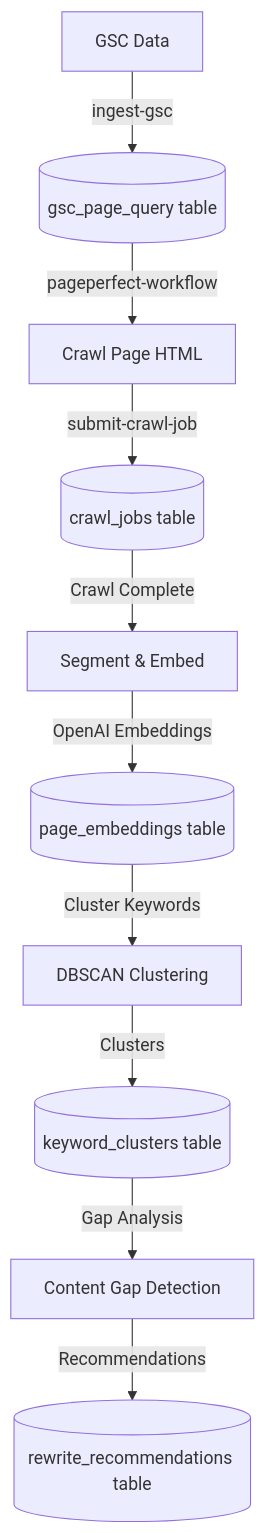
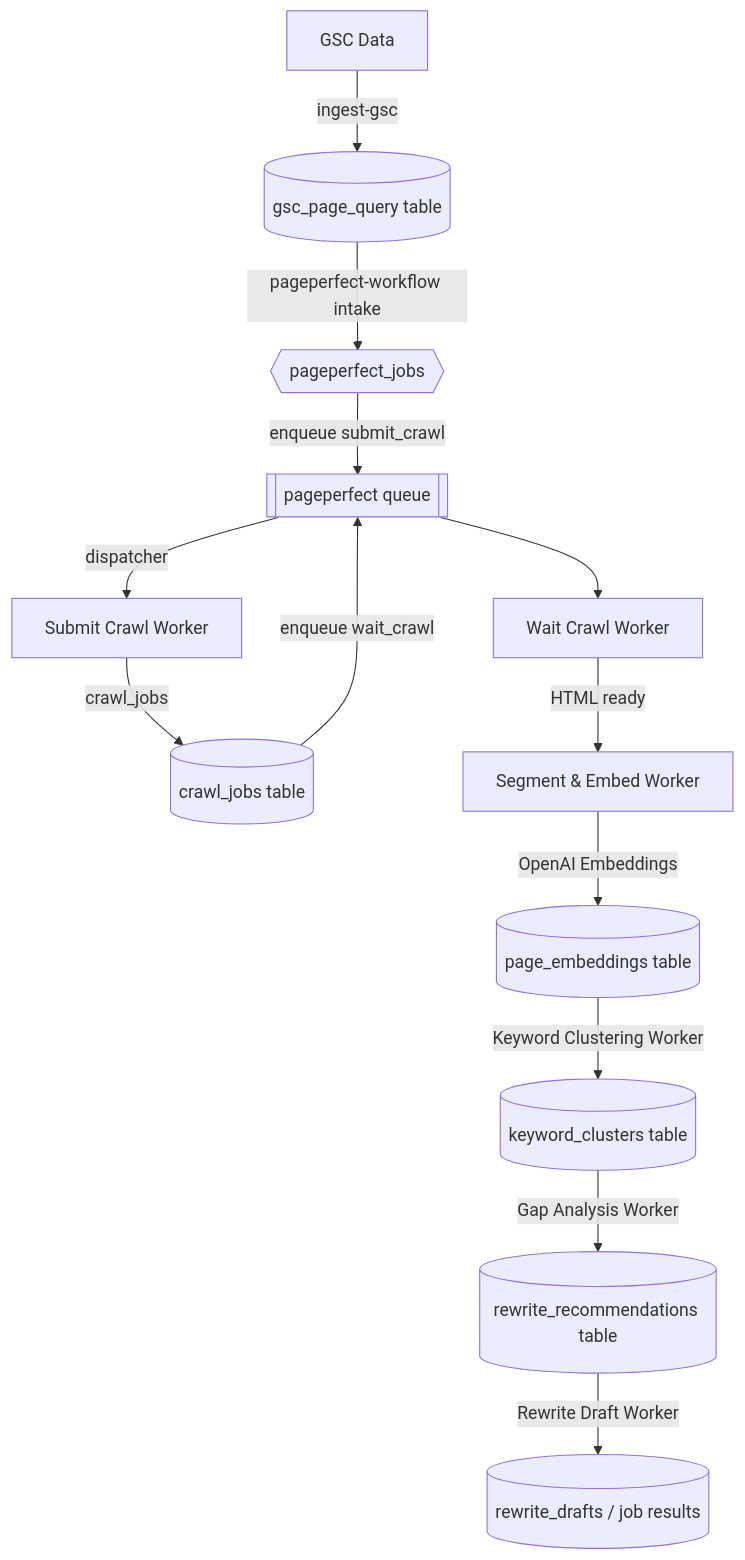
Before and after one commit to Loud-Interactive/plan-perfect-supabase: the diagram in docs/PAGEPERFECT-SYSTEM.md, drawn with Mermaid. The commit also changed other lines of this file and 9 other files, not shown here.

First line of the commit message:
feat(pageperfect-pipeline): migrate PagePerfect workflow to resilient queue-based architecture

````diff
--- a/docs/PAGEPERFECT-SYSTEM.md
+++ b/docs/PAGEPERFECT-SYSTEM.md
@@ -20,12 +20,15 @@
 ```mermaid
 graph TD
     A[GSC Data] -->|ingest-gsc| B[(gsc_page_query table)]
-    B -->|pageperfect-workflow| C[Crawl Page HTML]
-    C -->|submit-crawl-job| D[(crawl_jobs table)]
-    D -->|Crawl Complete| E[Segment & Embed]
+    B -->|pageperfect-workflow intake| C{{pageperfect_jobs}}
+    C -->|enqueue submit_crawl| Q1[[pageperfect queue]]
+    Q1 -->|dispatcher| D1[Submit Crawl Worker]
+    D1 -->|crawl_jobs| D[(crawl_jobs table)]
+    D -->|enqueue wait_crawl| Q1
+    Q1 --> D2[Wait Crawl Worker]
+    D2 -->|HTML ready| E[Segment & Embed Worker]
     E -->|OpenAI Embeddings| F[(page_embeddings table)]
-    F -->|Cluster Keywords| G[DBSCAN Clustering]
-    G -->|Clusters| H[(keyword_clusters table)]
-    H -->|Gap Analysis| I[Content Gap Detection]
-    I -->|Recommendations| J[(rewrite_recommendations table)]
+    F -->|Keyword Clustering Worker| G[(keyword_clusters table)]
+    G -->|Gap Analysis Worker| H[(rewrite_recommendations table)]
+    H -->|Rewrite Draft Worker| I[(rewrite_drafts / job results)]
 ```
````
